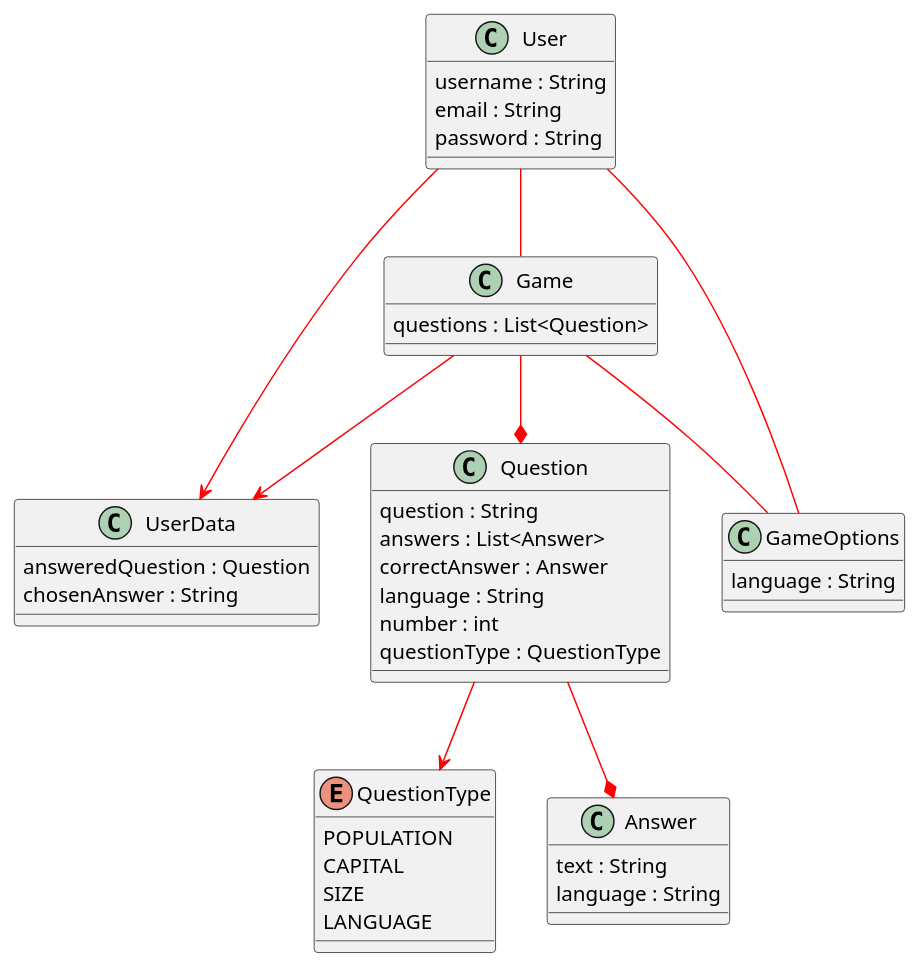
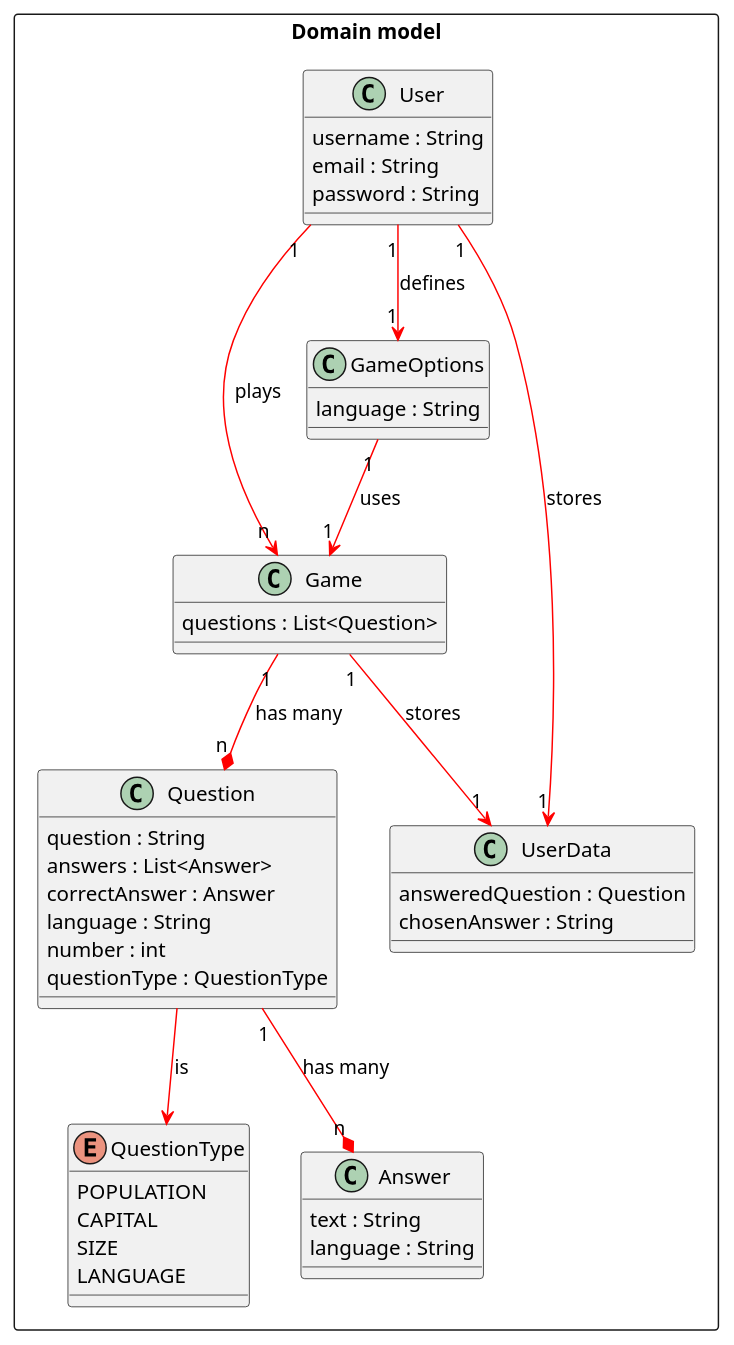
One commit to Arquisoft/wiq_en1b changed the diagram in docs/src/08_concepts.adoc. Above: the diagram before and after it, drawn with PlantUML. The commit also changed 1 other file, not shown here.

Commit message:
bugfix and model diagram improvements

```diff
--- a/docs/src/08_concepts.adoc
+++ b/docs/src/08_concepts.adoc
@@ -61,51 +61,53 @@
-[plantuml, my-diagram.png, png]
+[plantuml, domain-model.png, png]
 ----
-class User {
+rectangle "Domain model"{
+    class User {
     username : String
     email : String
     password : String
 }
 
 class Game {
     questions : List<Question>
 }
 
 class Question {
     question : String
     answers : List<Answer>
     correctAnswer : Answer
     language : String
     number : int
     questionType : QuestionType
 }
 
 enum QuestionType {
     POPULATION
     CAPITAL
     SIZE
     LANGUAGE
 }
 
 class Answer {
     text : String
     language : String
 }
 
 class UserData {
     answeredQuestion : Question
     chosenAnswer : String
 }
 
 class GameOptions {
     language : String
 }
 
-User -[#red]- Game
-User -[#red]- GameOptions
-Game -[#red]- GameOptions
-Game -[#red]-* Question
-Question -[#red]-> QuestionType
-Question -[#red]-* Answer
-Game -[#red]-> UserData
-User -[#red]-> UserData
+User "1" -[#red]-> "n" Game : plays
+User "1" -[#red]-> "1" GameOptions : defines
+GameOptions "1" -[#red]-> "1" Game : uses
+Game "1" -[#red]-* "n" Question : has many
+Question -[#red]-> QuestionType : is
+Question "1" -[#red]-* "n" Answer : has many
+Game "1" -[#red]-> "1" UserData : stores
+User "1" -[#red]-> "1" UserData : stores
+}
 ----
```
